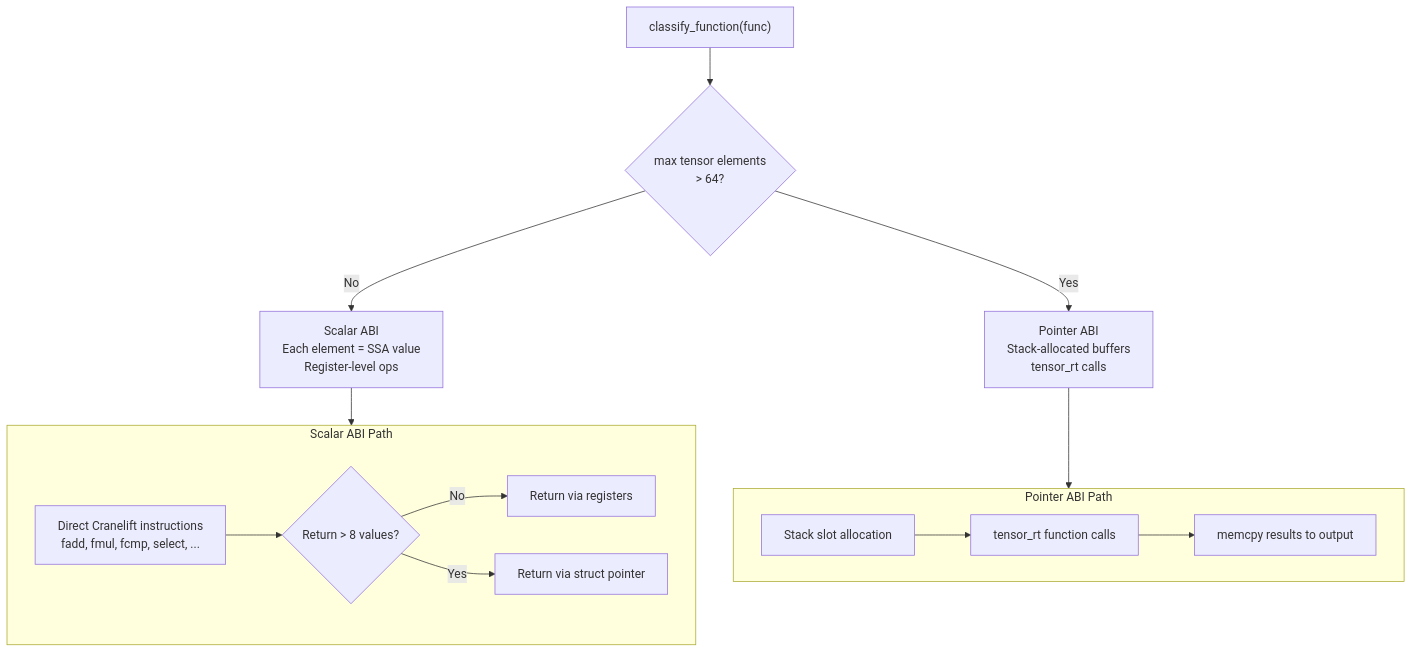
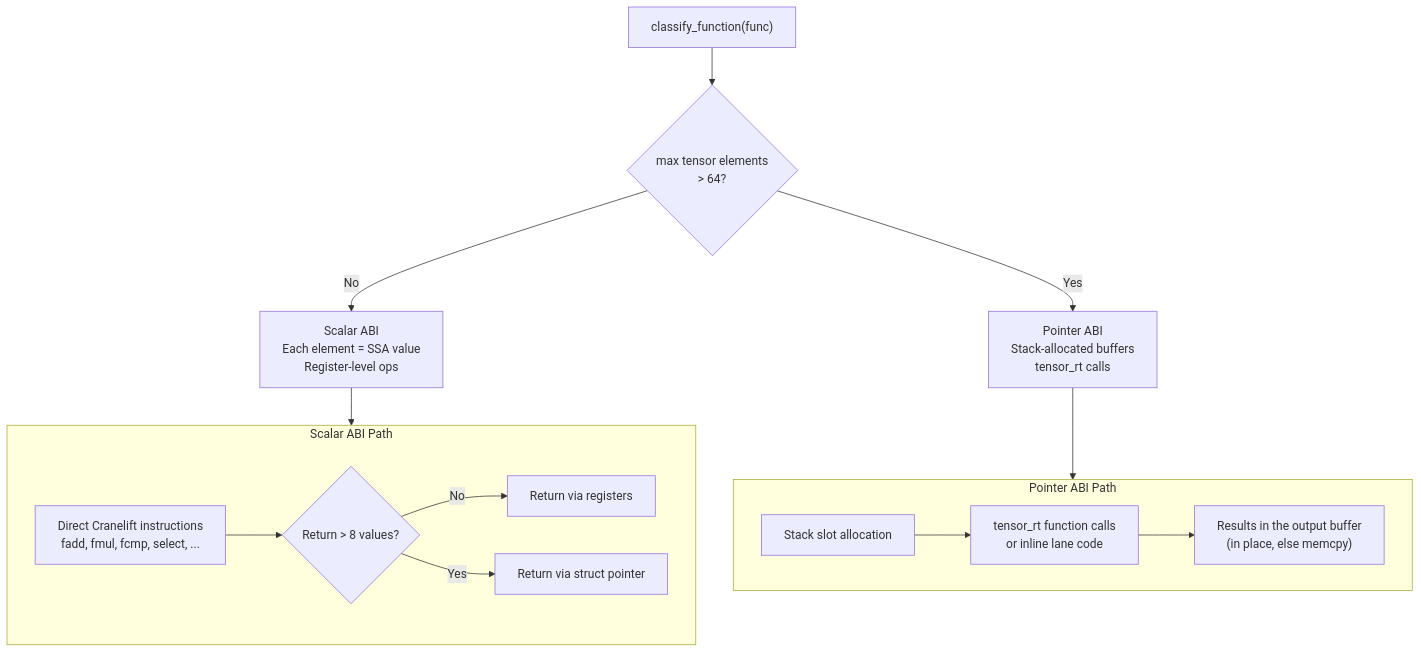
The second of 4 diagrams in libs/cranelift-mlir/ARCHITECTURE.md (elodin-sys/elodin), drawn with Mermaid before and after one commit. The commit also changed other lines of this file and 12 other files, not shown here.

````diff
--- a/libs/cranelift-mlir/ARCHITECTURE.md
+++ b/libs/cranelift-mlir/ARCHITECTURE.md
@@ -253,31 +292,31 @@
 ```mermaid
 flowchart TD
     ClassifyFn["classify_function(func)"]
     CheckSize{"max tensor elements\n> 64?"}
     ScalarABI["Scalar ABI\nEach element = SSA value\nRegister-level ops"]
     PointerABI["Pointer ABI\nStack-allocated buffers\ntensor_rt calls"]
 
     ClassifyFn --> CheckSize
     CheckSize -->|No| ScalarABI
     CheckSize -->|Yes| PointerABI
 
     subgraph ScalarPath [Scalar ABI Path]
         ScalarOps["Direct Cranelift instructions\nfadd, fmul, fcmp, select, ..."]
         SretCheck{"Return > 8 values?"}
         DirectReturn["Return via registers"]
         SretReturn["Return via struct pointer"]
         ScalarOps --> SretCheck
         SretCheck -->|No| DirectReturn
         SretCheck -->|Yes| SretReturn
     end
 
     subgraph PointerPath [Pointer ABI Path]
         StackAlloc["Stack slot allocation"]
-        TrtCall["tensor_rt function calls"]
-        MemCopy["memcpy results to output"]
+        TrtCall["tensor_rt function calls\nor inline lane code"]
+        MemCopy["Results in the output buffer\n(in place, else memcpy)"]
         StackAlloc --> TrtCall --> MemCopy
     end
 
     ScalarABI --> ScalarPath
     PointerABI --> PointerPath
 ```
````
